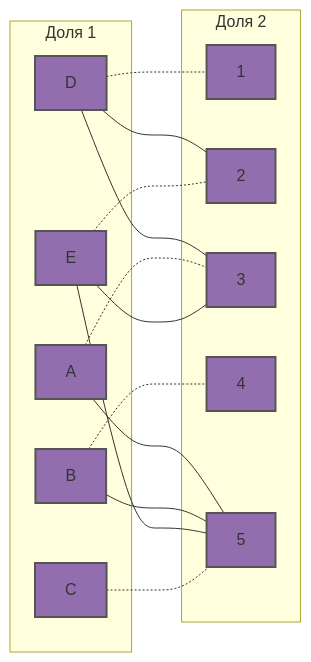
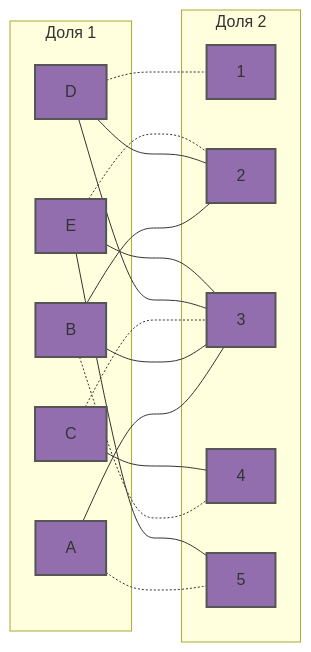
The tenth of 10 diagrams in task-8/mikhailkrug.md (hse-algo-24-owl/manual-tasks-owl), drawn with Mermaid before and after one commit. The commit also changed other lines of this file, not shown here.

````diff
--- a/task-8/mikhailkrug.md
+++ b/task-8/mikhailkrug.md
@@ -241,39 +296,40 @@
 ```mermaid
 graph LR
     subgraph "Доля 1"
         A[A]
         B[B]
         C[C]
         D[D]
         E[E]
     end
     subgraph "Доля 2"
         1[1]
         2[2]
         3[3]
         4[4]
         5[5]
     end
-    A --- 5
+    A --- 3
+    A -.- 5
+    B --- 2
+    B --- 3
     B -.- 4
-    B --- 5
+    C -.- 3
+    C --- 4
     D -.- 1
     D --- 2
     D --- 3
-    E --- 5
-    C -.- 5
-    A -.- 3
     E -.- 2
     E --- 3
-    style E fill:#926EAE,stroke:#555,stroke-width:2px
+    E --- 5
+    style A fill:#926EAE,stroke:#555,stroke-width:2px
     style 5 fill:#926EAE,stroke:#555,stroke-width:2px
     style D fill:#926EAE,stroke:#555,stroke-width:2px
     style 1 fill:#926EAE,stroke:#555,stroke-width:2px
     style B fill:#926EAE,stroke:#555,stroke-width:2px
     style 4 fill:#926EAE,stroke:#555,stroke-width:2px
-    style A fill:#926EAE,stroke:#555,stroke-width:2px
+    style E fill:#926EAE,stroke:#555,stroke-width:2px
+    style 2 fill:#926EAE,stroke:#555,stroke-width:2px
+    style C fill:#926EAE,stroke:#555,stroke-width:2px
     style 3 fill:#926EAE,stroke:#555,stroke-width:2px
-    style C fill:#926EAE,stroke:#555,stroke-width:2px
-    style 2 fill:#926EAE,stroke:#555,stroke-width:2px
-
 ```
````
